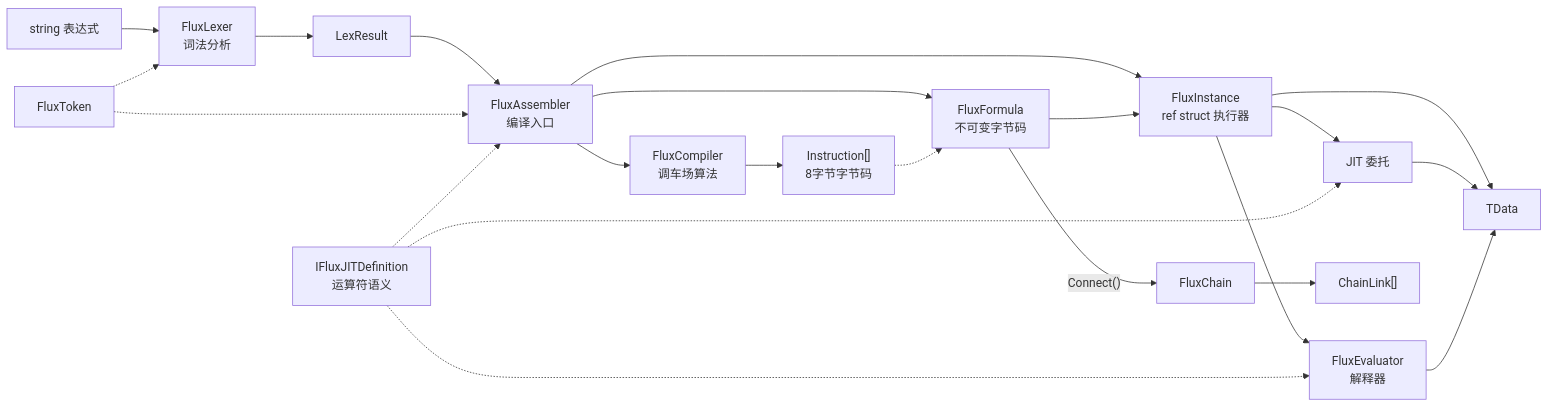
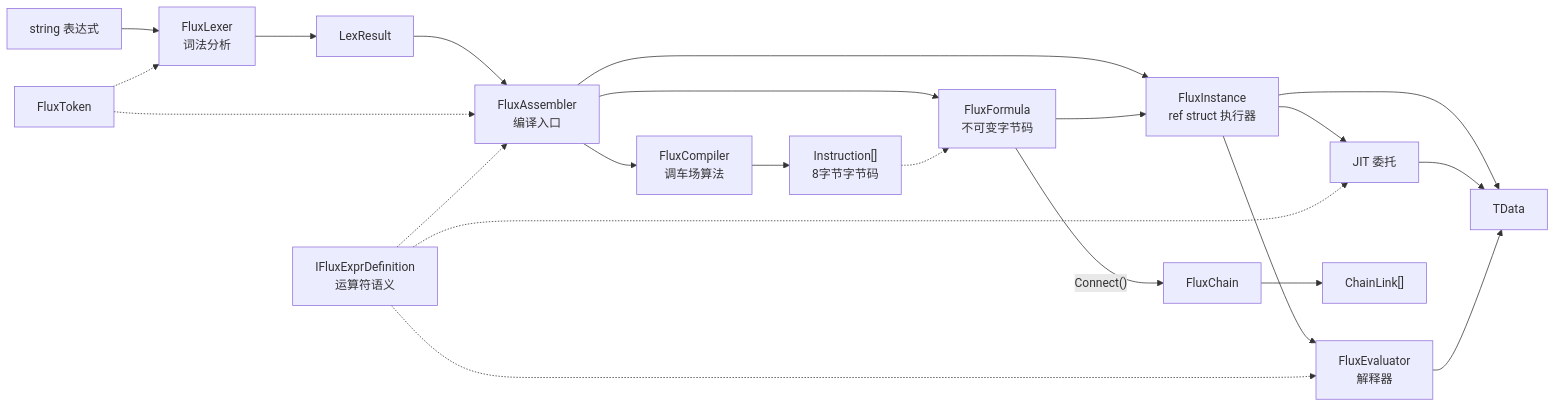
One commit to twds0x13/FluxFormula changed the first of 2 diagrams in docs/api/overview.md. Above: the diagram before and after it, drawn with Mermaid. The commit also changed other lines of this file and 88 other files, not shown here.

Commit message:
refactor: rename FluxJITCompiler→FluxExprCompiler, IFluxJITDefinition→IFluxExprDefinition

````diff
--- a/docs/api/overview.md
+++ b/docs/api/overview.md
@@ -5,28 +5,28 @@
 ```mermaid
 graph LR
     Source["string 表达式"] --> Lexer["FluxLexer<br/>词法分析"]
     Token["FluxToken"] -.-> Lexer
     Lexer --> LR["LexResult"]
     LR --> Assembler["FluxAssembler<br/>编译入口"]
     Token -.-> Assembler
     Assembler --> Formula["FluxFormula<br/>不可变字节码"]
     Assembler --> Instance["FluxInstance<br/>ref struct 执行器"]
     Formula --> Instance
     Instance --> Result["TData"]
 
     Assembler --> Compiler["FluxCompiler<br/>调车场算法"]
     Compiler --> Instr["Instruction[]<br/>8字节字节码"]
     Instr -.-> Formula
 
     Instance --> JIT["JIT 委托"]
     Instance --> Interp["FluxEvaluator<br/>解释器"]
     JIT --> Result
     Interp --> Result
 
-    Def["IFluxJITDefinition<br/>运算符语义"] -.-> Assembler
+    Def["IFluxExprDefinition<br/>运算符语义"] -.-> Assembler
     Def -.-> Interp
     Def -.-> JIT
 
     Formula -->|"Connect()"| ChainNode["FluxChain"]
     ChainNode --> Chain["ChainLink[]"]
 ```
````
